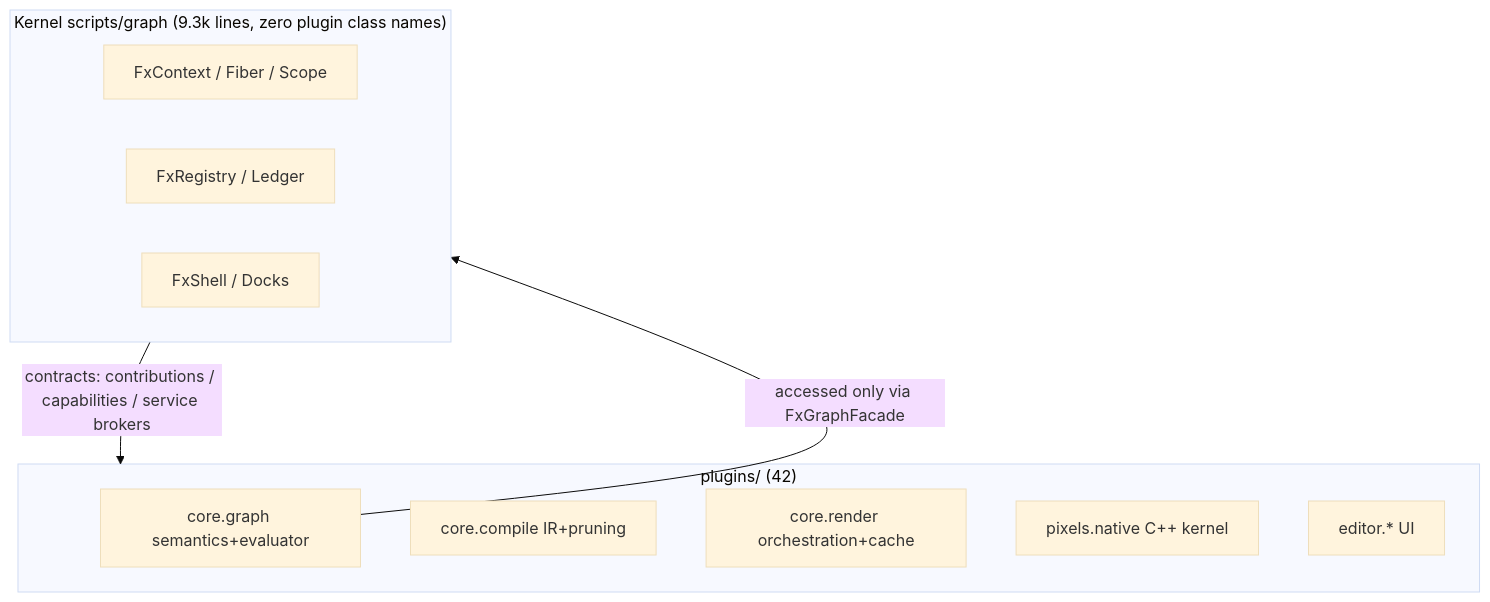
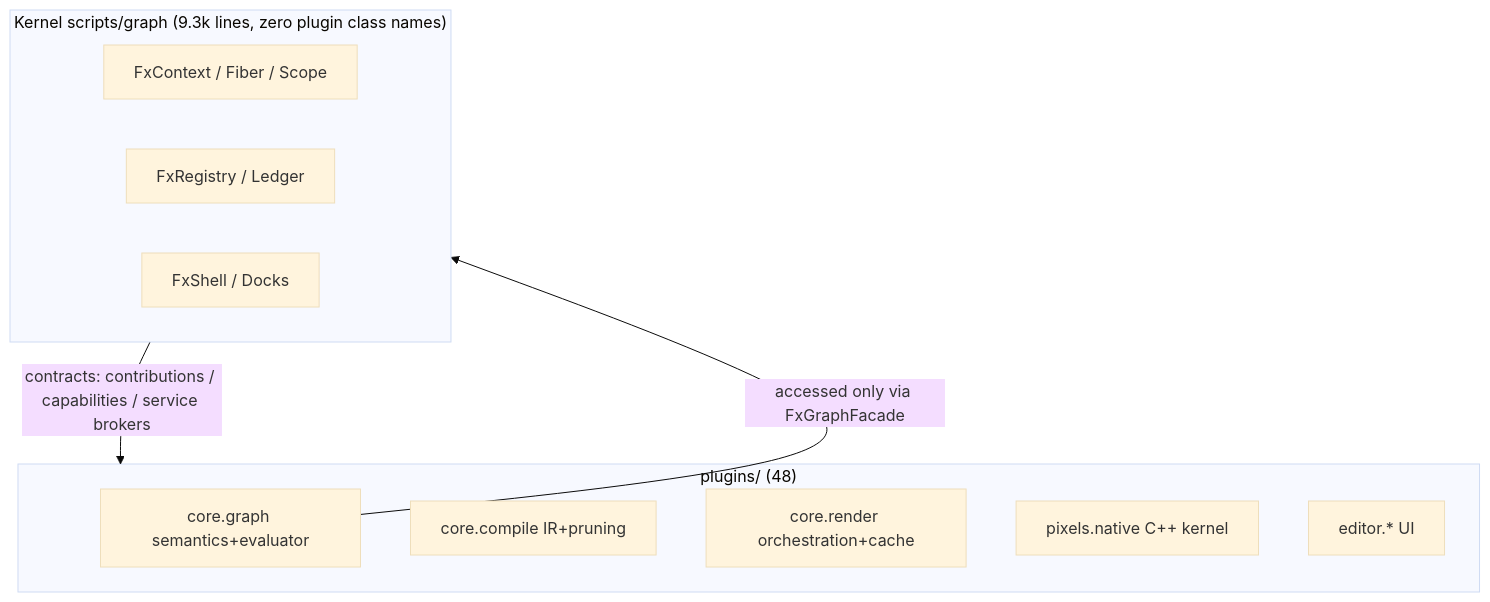
Before and after one commit to QiNuoTu/phantom-workshop-Harness: the diagram in README.en.md, drawn with Mermaid (base theme). The commit also changed other lines of this file and 134 other files, not shown here.

````diff
--- a/README.en.md
+++ b/README.en.md
@@ -144,18 +153,18 @@
 ```mermaid
 flowchart TB
   subgraph Base["Kernel scripts/graph (9.3k lines, zero plugin class names)"]
     direction LR
     B1[FxContext / Fiber / Scope]
     B2[FxRegistry / Ledger]
     B3[FxShell / Docks]
   end
-  subgraph Plugins["plugins/ (42)"]
+  subgraph Plugins["plugins/ (48)"]
     P1[core.graph semantics+evaluator]
     P2[core.compile IR+pruning]
     P3[core.render orchestration+cache]
     P4[pixels.native C++ kernel]
     P5[editor.* UI]
   end
   Base -- contracts: contributions / capabilities / service brokers --> Plugins
   P1 -- accessed only via FxGraphFacade --> Base
 ```
````
